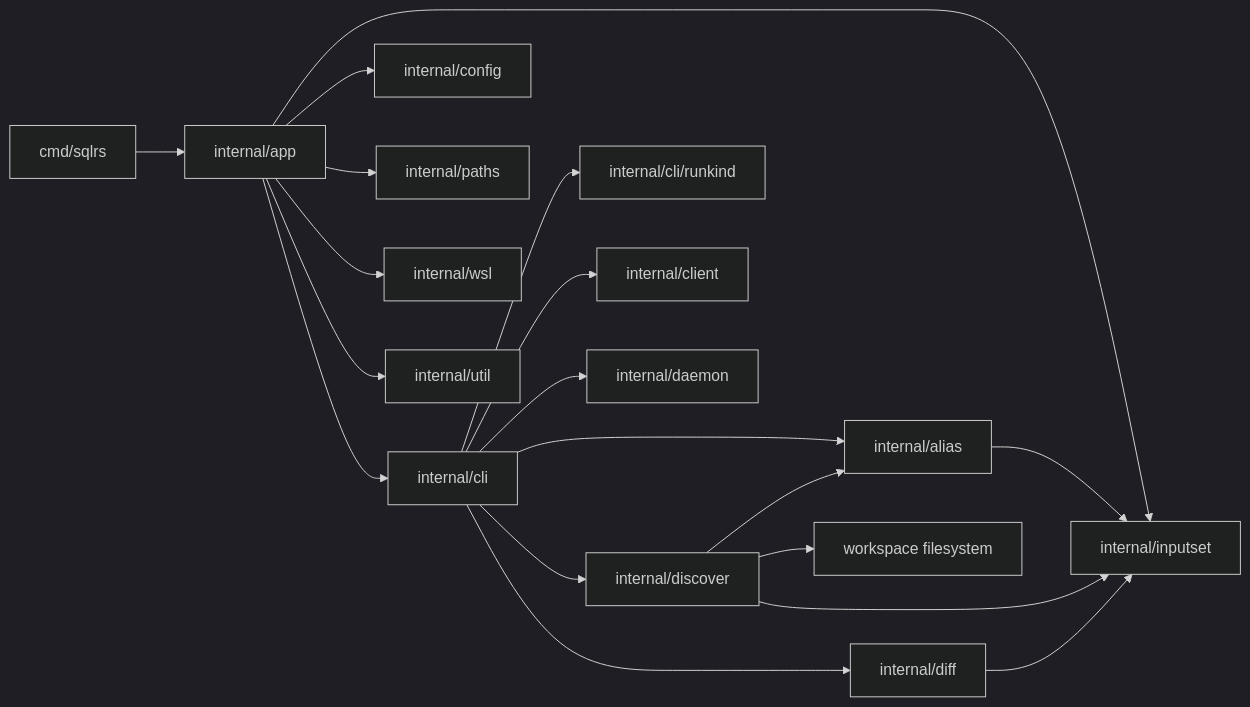
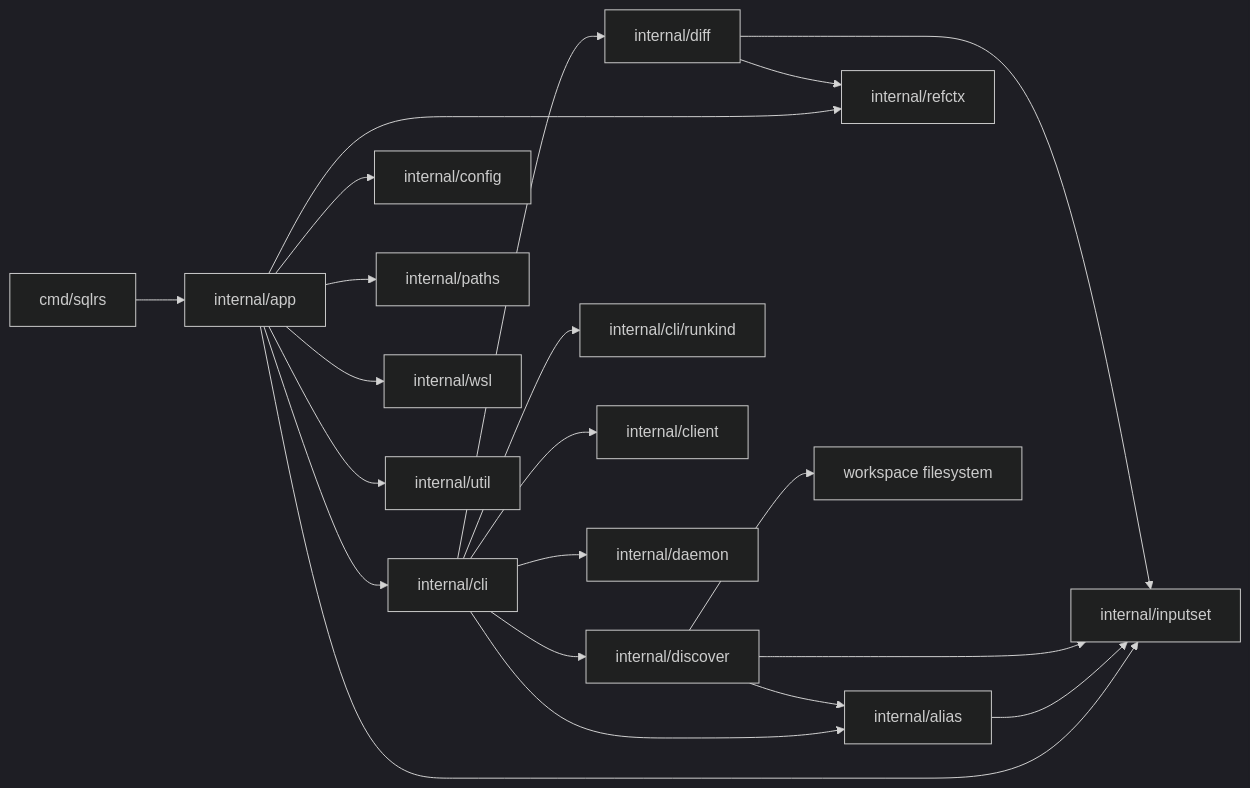
The diagram in docs/architecture/cli-component-structure.RU.md (kimak-irmagi/taidon), drawn with Mermaid (dark theme) before and after one commit. The commit also changed other lines of this file and 10 other files, not shown here.

Commit message:
Architecture refined

````diff
--- a/docs/architecture/cli-component-structure.RU.md
+++ b/docs/architecture/cli-component-structure.RU.md
@@ -120,37 +125,40 @@
 ```mermaid
 flowchart LR
   CMD["cmd/sqlrs"]
   APP["internal/app"]
   CLI["internal/cli"]
   INPUTSET["internal/inputset"]
   ALIAS["internal/alias"]
   DISCOVER["internal/discover"]
+  REFCTX["internal/refctx"]
   DIFF["internal/diff"]
   RUNKIND["internal/cli/runkind"]
   CLIENT["internal/client"]
   DAEMON["internal/daemon"]
   CONFIG["internal/config"]
   PATHS["internal/paths"]
   WSL["internal/wsl"]
   UTIL["internal/util"]
   FS["workspace filesystem"]
 
   CMD --> APP
   APP --> CLI
   APP --> INPUTSET
+  APP --> REFCTX
   APP --> CONFIG
   APP --> PATHS
   APP --> WSL
   APP --> UTIL
   CLI --> CLIENT
   CLI --> DAEMON
   CLI --> RUNKIND
   CLI --> ALIAS
   CLI --> DISCOVER
   CLI --> DIFF
+  DIFF --> REFCTX
   ALIAS --> INPUTSET
   DISCOVER --> ALIAS
   DISCOVER --> INPUTSET
   DISCOVER --> FS
   DIFF --> INPUTSET
 ```
````
